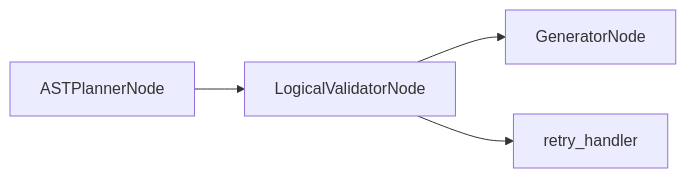
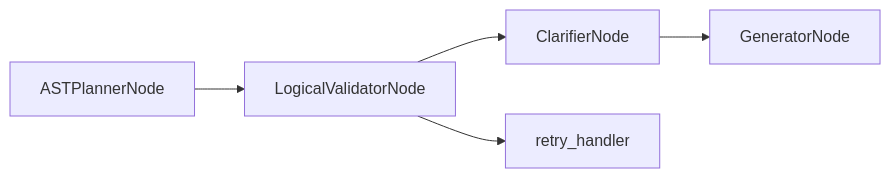
One commit to nadeem4/nl2sql changed the diagram in docs/architecture/nodes/logical_validator_node.md. Above: the diagram before and after it, drawn with Mermaid. The commit also changed other lines of this file and 29 other files, not shown here.

````diff
--- a/docs/architecture/nodes/logical_validator_node.md
+++ b/docs/architecture/nodes/logical_validator_node.md
@@ -88,5 +88,5 @@
 ```mermaid
 flowchart LR
-    Planner[ASTPlannerNode] --> Validator[LogicalValidatorNode] --> Generator[GeneratorNode]
+    Planner[ASTPlannerNode] --> Validator[LogicalValidatorNode] --> Clarifier[ClarifierNode] --> Generator[GeneratorNode]
     Validator --> RetryHandler[retry_handler]
 ```
````
